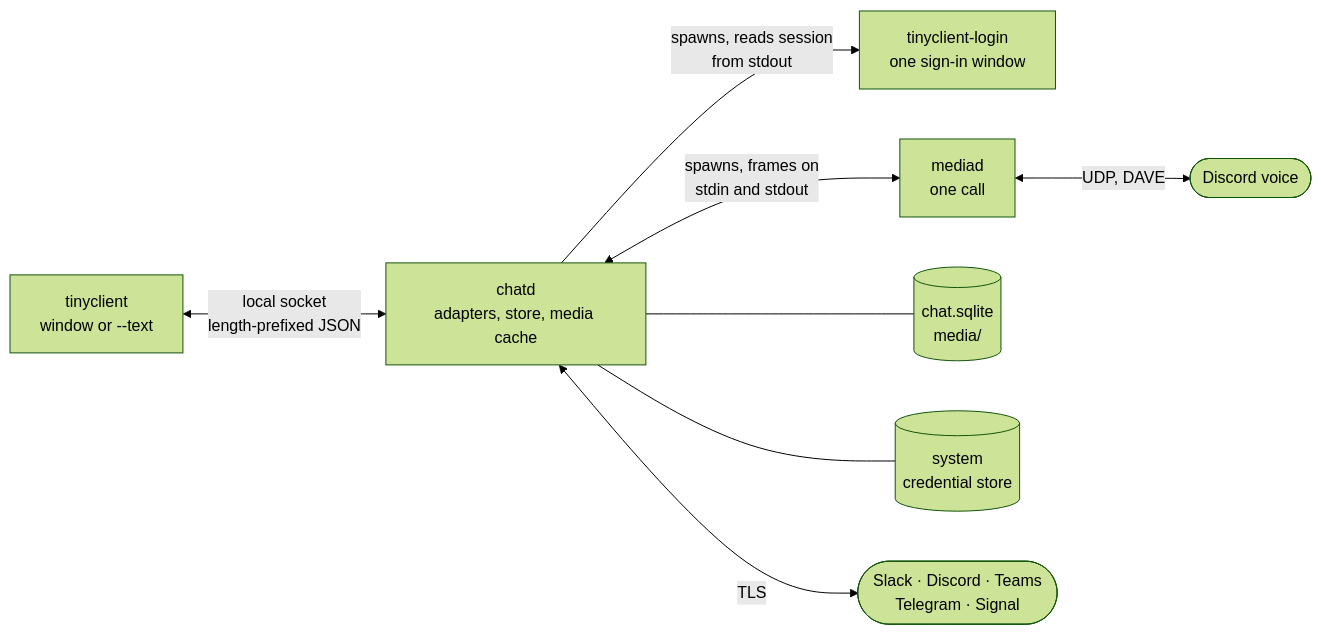
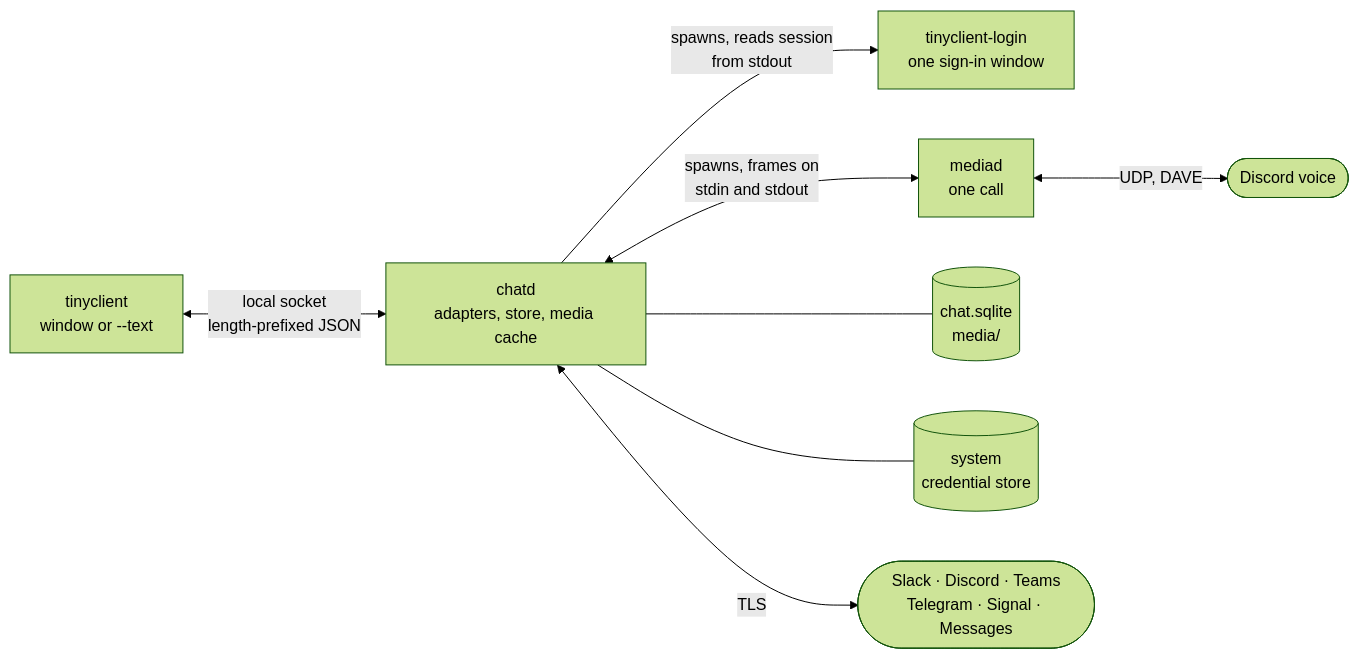
Before and after one commit to TinyComms/tinyclient: the diagram in README.md, drawn with Mermaid (forest theme). The commit also changed other lines of this file and 37 other files, not shown here.

````diff
--- a/README.md
+++ b/README.md
@@ -200,19 +201,19 @@
 ```mermaid
 flowchart LR
     shell["tinyclient<br/>window or --text"]
     chatd["chatd<br/>adapters, store, media cache"]
     login["tinyclient-login<br/>one sign-in window"]
     mediad["mediad<br/>one call"]
     db[("chat.sqlite<br/>media/")]
     keys[("system<br/>credential store")]
-    nets(["Slack · Discord · Teams<br/>Telegram · Signal"])
+    nets(["Slack · Discord · Teams<br/>Telegram · Signal · Messages"])
     voice(["Discord voice"])
 
     shell <-->|"local socket<br/>length-prefixed JSON"| chatd
     chatd -->|"spawns, reads session<br/>from stdout"| login
     chatd <-->|"spawns, frames on<br/>stdin and stdout"| mediad
     chatd --- db
     chatd --- keys
     chatd <-->|TLS| nets
     mediad <-->|"UDP, DAVE"| voice
 ```
````
